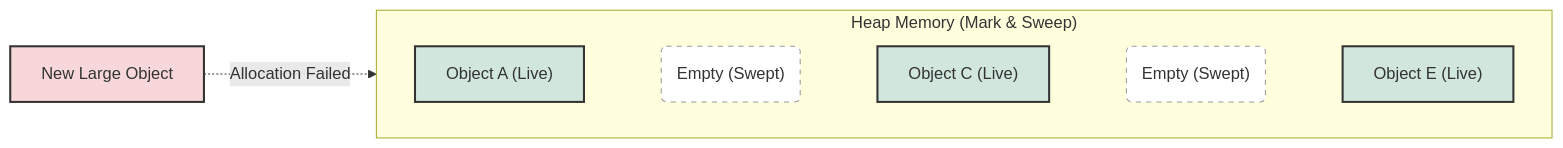
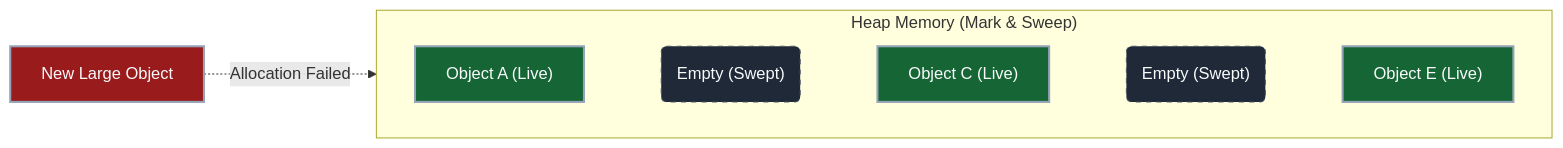
Before and after one commit to Kang-Hyesung/kang-hyesung.github.io: the first of 2 diagrams in _posts/java/08-gc/2026-01-17-대표적인-gc-알고리즘(mark,-sweep,-compact).md, drawn with Mermaid. The commit also changed other lines of this file and 74 other files, not shown here.

Commit message:
docs: update post visibility and mermaid colors

````diff
--- a/_posts/java/08-gc/2026-01-17-대표적인-gc-알고리즘(mark,-sweep,-compact).md
+++ b/_posts/java/08-gc/2026-01-17-대표적인-gc-알고리즘(mark,-sweep,-compact).md
@@ -22,21 +22,21 @@
 ```mermaid
 graph LR
     subgraph Heap ["Heap Memory (Mark & Sweep)"]
     direction LR
     A["Object A (Live)"] ~~~ B("Empty (Swept)")
     B ~~~ C["Object C (Live)"]
     C ~~~ D("Empty (Swept)")
     D ~~~ E["Object E (Live)"]
     end
     
     NewObj["New Large Object"] -.->|Allocation Failed| B
     
-    style A fill:#d1e7dd,stroke:#333,stroke-width:2px
-    style C fill:#d1e7dd,stroke:#333,stroke-width:2px
-    style E fill:#d1e7dd,stroke:#333,stroke-width:2px
-    style B fill:#fff,stroke:#999,stroke-dasharray: 5 5
-    style D fill:#fff,stroke:#999,stroke-dasharray: 5 5
-    style NewObj fill:#f8d7da,stroke:#333,stroke-width:2px
+    style A fill:#166534,stroke:#94a3b8,stroke-width:2px,color:#f8fafc
+    style C fill:#166534,stroke:#94a3b8,stroke-width:2px,color:#f8fafc
+    style E fill:#166534,stroke:#94a3b8,stroke-width:2px,color:#f8fafc
+    style B fill:#1f2937,stroke:#4b5563,stroke-dasharray: 5 5,color:#f8fafc
+    style D fill:#1f2937,stroke:#4b5563,stroke-dasharray: 5 5,color:#f8fafc
+    style NewObj fill:#991b1b,stroke:#94a3b8,stroke-width:2px,color:#f8fafc
 
 
 ```
````
